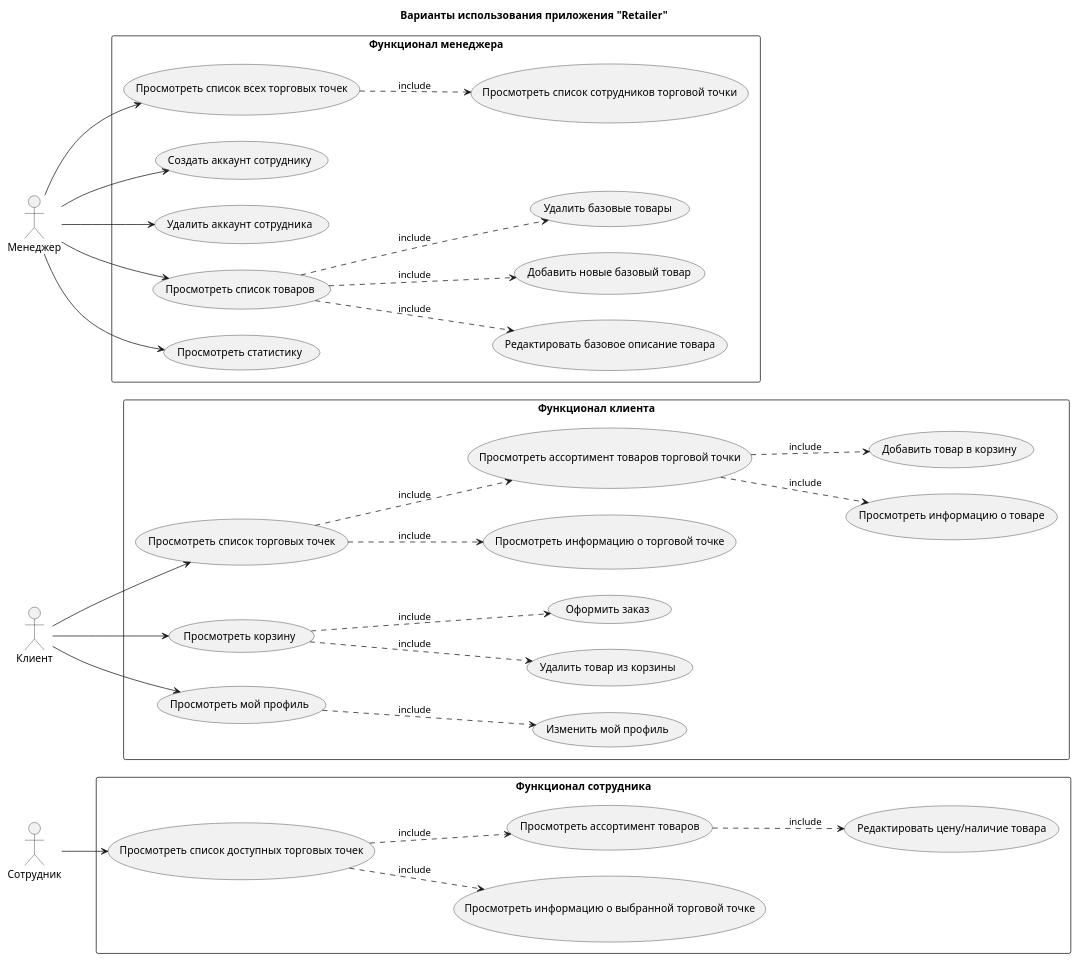
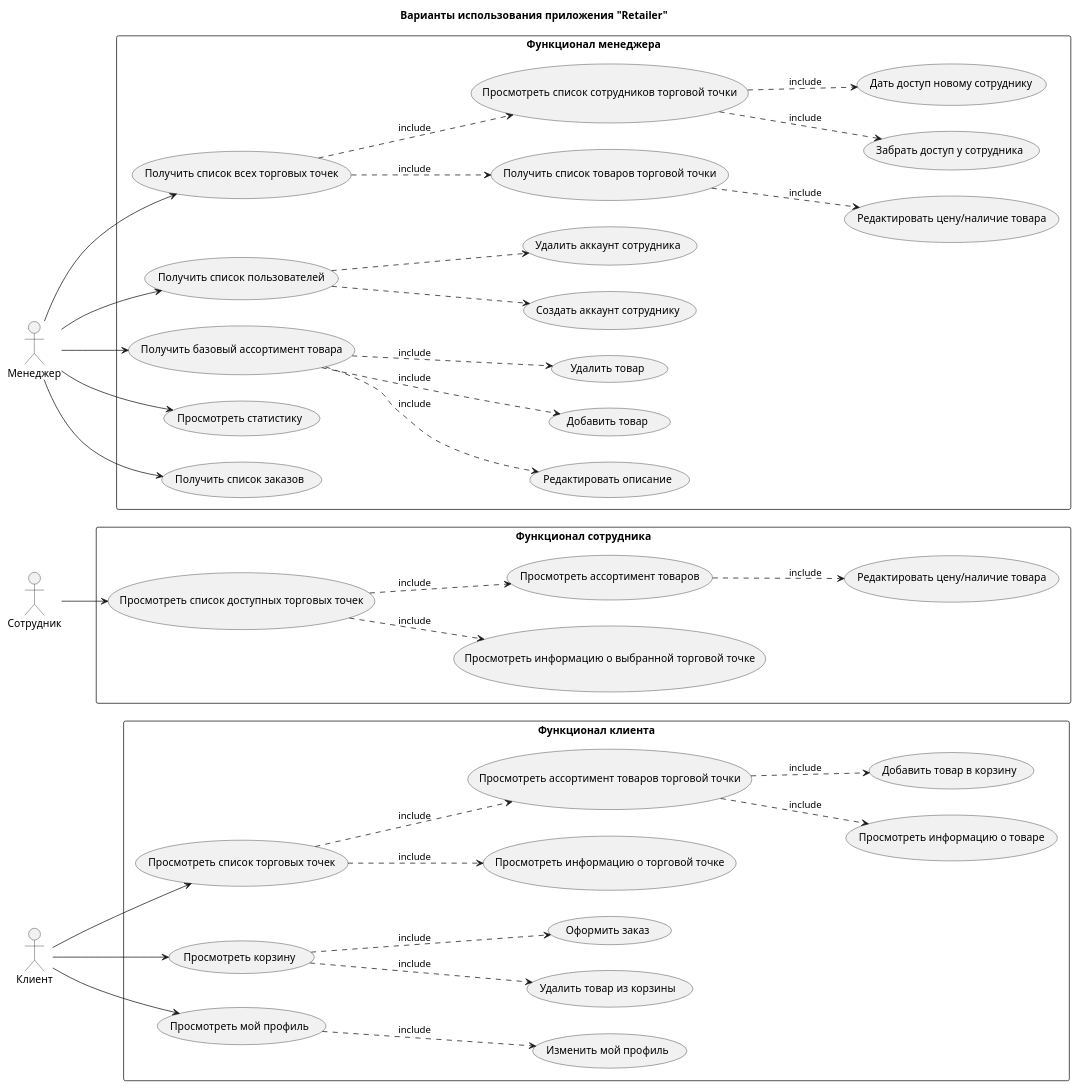
The diagram in docs/usecase-retailer.puml (ivaaahn/retailer), drawn with PlantUML before and after one commit.

Commit message:
[major]: update docs

```diff
--- a/docs/usecase-retailer.puml
+++ b/docs/usecase-retailer.puml
@@ -1,80 +1,92 @@
 @startuml "Retailer"
 
 title Варианты использования приложения "Retailer"
 
 left to right direction
 
+actor :Клиент: as Cli
 actor :Сотрудник: as Staff
-actor :Клиент: as Cli
 actor :Менеджер: as Admin
 
 
 rectangle "Функционал клиента" {
     usecase "Просмотреть список торговых точек" as ShopList
     usecase "Просмотреть информацию о торговой точке" as ShopInfo
     usecase "Просмотреть ассортимент товаров торговой точки" as ShopProductsInfo
     usecase "Просмотреть информацию о товаре" as ShopProductInfo
     usecase "Добавить товар в корзину" as AddProductToCart
     usecase "Удалить товар из корзины" as RemoveProductFromCart
     usecase "Просмотреть корзину" as CartInfo
     usecase "Оформить заказ" as ApplyOrder
     usecase "Просмотреть мой профиль" as CheckProfile
     usecase "Изменить мой профиль" as UpdateProfile
 }
 
 rectangle "Функционал сотрудника" {
     usecase "Просмотреть список доступных торговых точек" as StaffShopList
     usecase "Просмотреть информацию о выбранной торговой точке" as StaffShopInfo
     usecase "Просмотреть ассортимент товаров" as StaffShopProductsInfo
     usecase "Редактировать цену/наличие товара" as StaffProductEdit
 }
 
 rectangle "Функционал менеджера" {
-    usecase "Просмотреть список всех торговых точек" as AdminShopList
-    usecase "Просмотреть список сотрудников торговой точки" as AdminStaffList
+    usecase "Получить список всех торговых точек" as AdminShopList
+	usecase "Получить список товаров торговой точки" as AdminShopInfo
+	usecase "Редактировать цену/наличие товара" as AdminProductEdit
+    usecase "Просмотреть список сотрудников торговой точки" as AdminShopStaffList
+    usecase "Забрать доступ у сотрудника" as RevokeStaff
+    usecase "Дать доступ новому сотруднику" as GrantStaff
+    usecase "Получить список пользователей" as AdminStaffList
     usecase "Создать аккаунт сотруднику" as AdminStaffCreate
     usecase "Удалить аккаунт сотрудника" as AdminStaffRemove
-    usecase "Просмотреть список товаров" as AdminProductList
-    usecase "Редактировать базовое описание товара" as AdminEditProduct
-    usecase "Добавить новые базовый товар" as AdminAddProduct
-    usecase "Удалить базовые товары" as AdminRemoveProduct
+    usecase "Получить базовый ассортимент товара" as AdminProductList
+    usecase "Редактировать описание" as AdminEditProduct
+    usecase "Добавить товар" as AdminAddProduct
+    usecase "Удалить товар" as AdminRemoveProduct
     usecase "Просмотреть статистику" as AdminGetStat
+    usecase "Получить список заказов" as AdminOrdersList
 }
 
 
 Admin --> AdminShopList
-AdminShopList ..> AdminStaffList : include
+AdminShopList ..> AdminShopStaffList : include
+AdminShopStaffList ..> RevokeStaff : include
+AdminShopStaffList ..> GrantStaff : include
+AdminShopList ..> AdminShopInfo : include
+AdminShopInfo ..> AdminProductEdit : include
 
-Admin --> AdminStaffCreate
-Admin --> AdminStaffRemove
+Admin --> AdminStaffList
+AdminStaffList ..> AdminStaffCreate
+AdminStaffList ..> AdminStaffRemove
 
 Admin --> AdminProductList
 AdminProductList ..> AdminAddProduct : include
 AdminProductList ..> AdminEditProduct : include
 AdminProductList ..> AdminRemoveProduct : include
 
 Admin --> AdminGetStat
+Admin --> AdminOrdersList
 
 
 Staff --> StaffShopList
 StaffShopList ..> StaffShopInfo : include
 StaffShopList ..> StaffShopProductsInfo : include
 
 StaffShopProductsInfo ..> StaffProductEdit : include
 
 
 Cli --> ShopList
 ShopList ..> ShopInfo : include
 ShopList ..> ShopProductsInfo : include
 ShopProductsInfo ..> ShopProductInfo : include
 ShopProductsInfo ..> AddProductToCart : include
 
 Cli --> CartInfo
 CartInfo ..> RemoveProductFromCart : include
 CartInfo ..> ApplyOrder : include
 
 Cli --> CheckProfile
 CheckProfile ..> UpdateProfile : include
 
 
 @enduml
```
